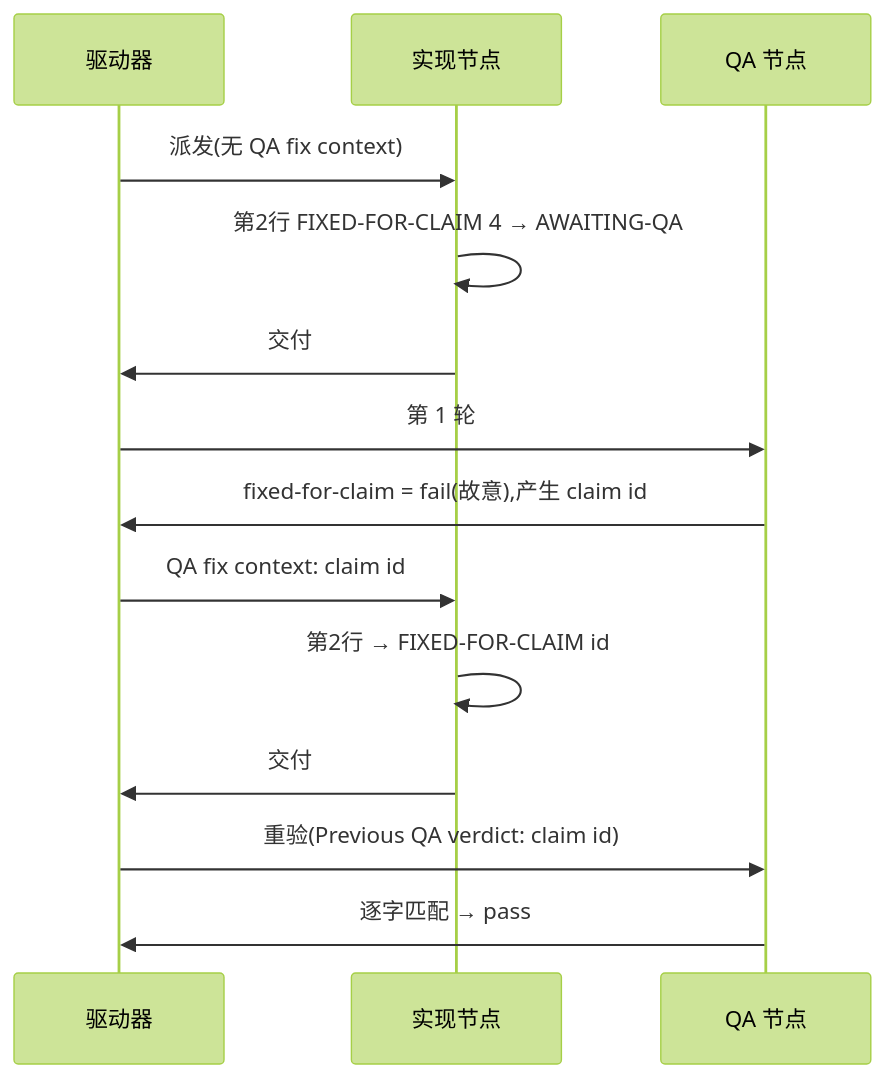
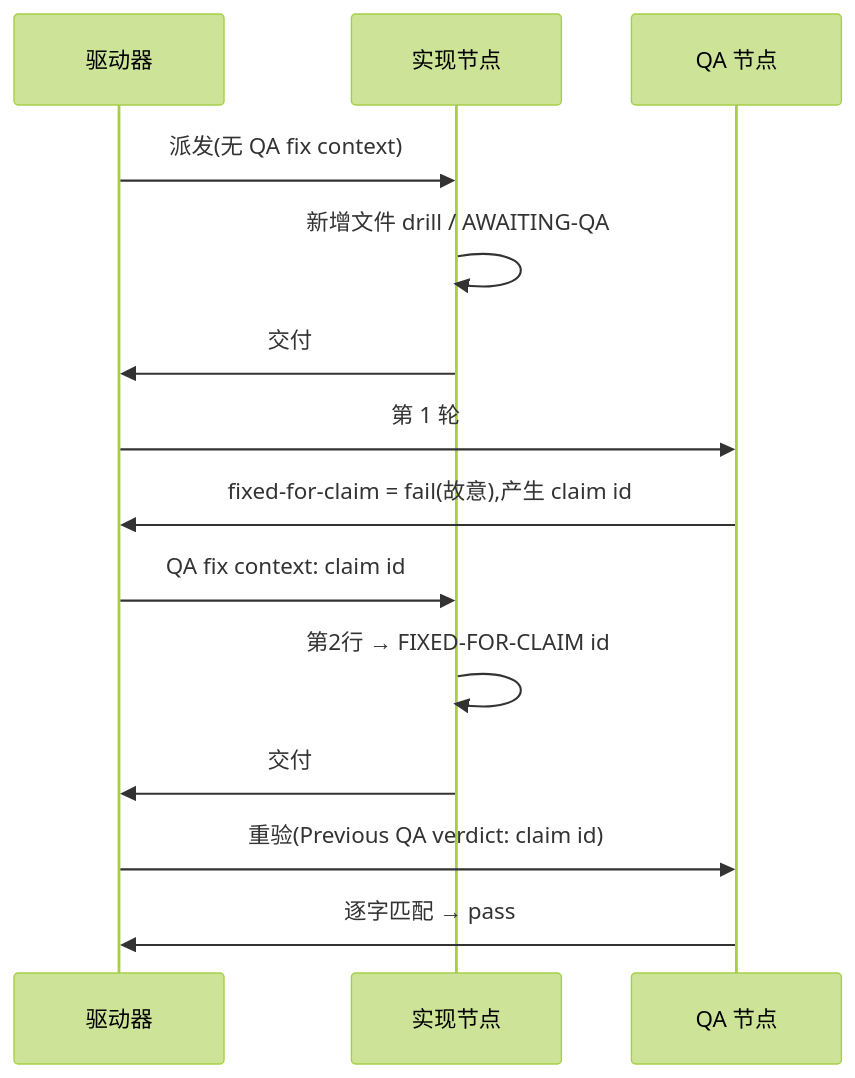
The diagram in engineering/doc/FLY-3150-real-runner-drill/d1-core-flow.mmd (xrliAnnie/flywheel-qa-sandbox), drawn with Mermaid (forest theme) before and after one commit. The commit also changed 5 other files, not shown here.

```diff
--- a/engineering/doc/FLY-3150-real-runner-drill/d1-core-flow.mmd
+++ b/engineering/doc/FLY-3150-real-runner-drill/d1-core-flow.mmd
@@ -1,14 +1,14 @@
 sequenceDiagram
     participant D as 驱动器
     participant I as 实现节点
     participant Q as QA 节点
     D->>I: 派发(无 QA fix context)
-    I->>I: 第2行 FIXED-FOR-CLAIM 4 → AWAITING-QA
+    I->>I: 新增文件 drill / AWAITING-QA
     I->>D: 交付 #1(PR 级范围断言通过)
     D->>Q: 第 1 轮
     Q->>D: fixed-for-claim = fail(故意),产生 claim id
     D->>I: QA fix context: claim id
     I->>I: 第2行 → FIXED-FOR-CLAIM id
     I->>D: 交付 #2
     D->>Q: 重验(Previous QA verdict: claim id)
     Q->>D: 逐字匹配 → pass
```
